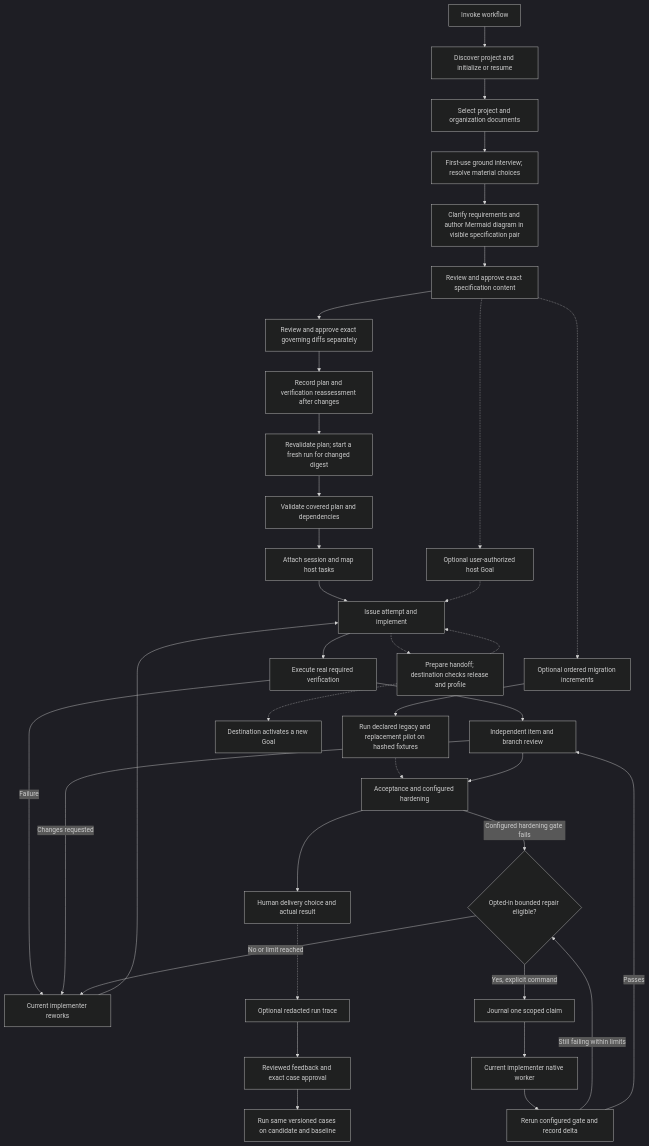
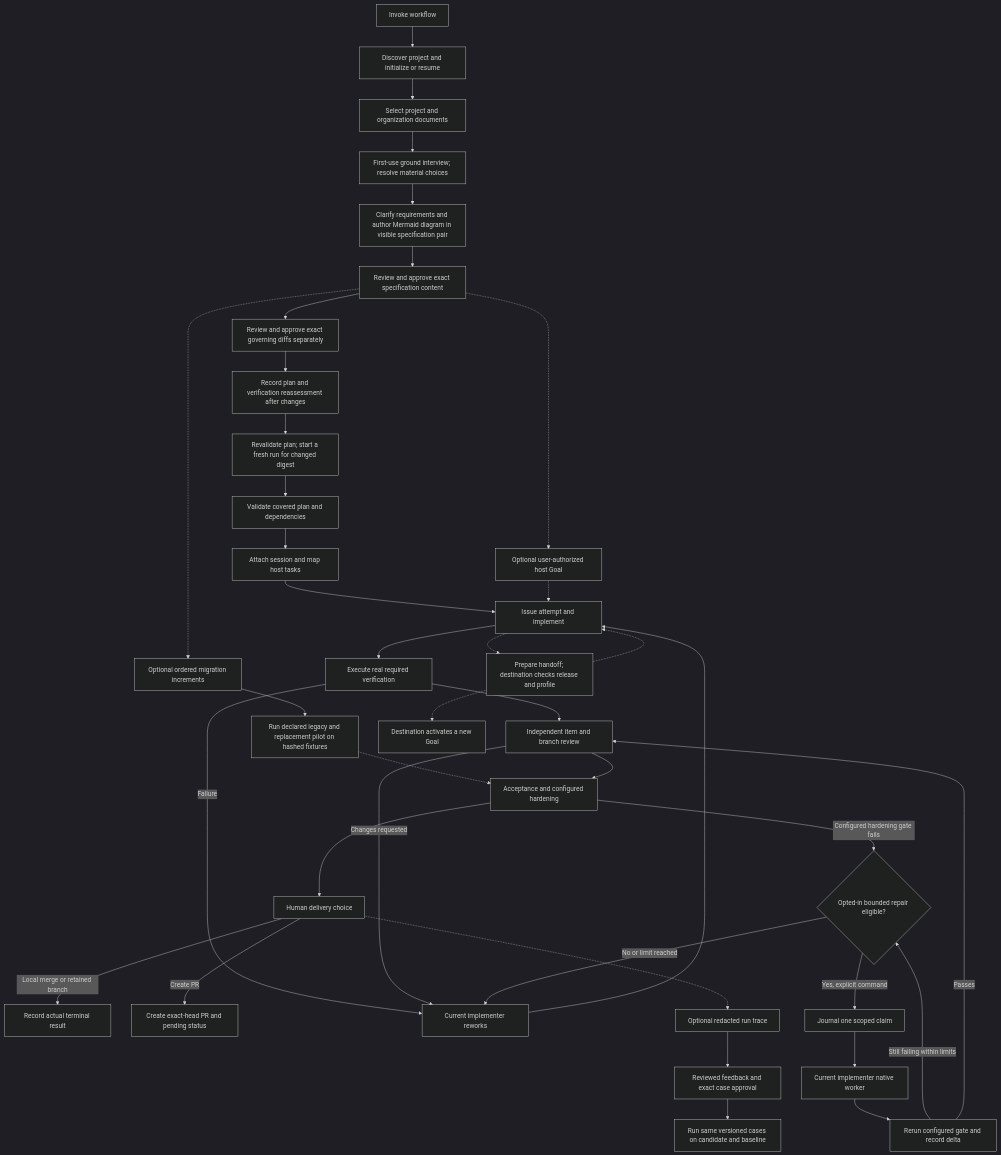
Before and after one commit to wgentil/devflow: the first of 2 diagrams in docs/setup-and-usage.md, drawn with Mermaid (dark theme). The commit also changed other lines of this file and 12 other files, not shown here.

````diff
--- a/docs/setup-and-usage.md
+++ b/docs/setup-and-usage.md
@@ -95,39 +95,41 @@
 ```mermaid
 flowchart TD
     Invoke[Invoke workflow] --> Init[Discover project and initialize or resume]
     Init --> Docs[Select project and organization documents]
     Docs --> Ground[First-use ground interview; resolve material choices]
     Ground --> Spec[Clarify requirements and author Mermaid diagram in visible specification pair]
     Spec --> SpecApprove[Review and approve exact specification content]
     SpecApprove --> Policy[Review and approve exact governing diffs separately]
     Policy --> Impact[Record plan and verification reassessment after changes]
     Impact --> Fresh[Revalidate plan; start a fresh run for changed digest]
     Fresh --> Plan[Validate covered plan and dependencies]
     SpecApprove -.-> Migration[Optional ordered migration increments]
     Migration --> Pilot[Run declared legacy and replacement pilot on hashed fixtures]
     Pilot -.-> Accept
     Plan --> Attach[Attach session and map host tasks]
     Attach --> Work[Issue attempt and implement]
     Work --> Proof[Execute real required verification]
     Proof --> Review[Independent item and branch review]
     Review --> Accept[Acceptance and configured hardening]
-    Accept --> Deliver[Human delivery choice and actual result]
+    Accept --> Deliver[Human delivery choice]
+    Deliver -->|Local merge or retained branch| DirectResult[Record actual terminal result]
+    Deliver -->|Create PR| PendingPR[Create exact-head PR and pending status]
     Proof -->|Failure| Fix[Current implementer reworks]
     Review -->|Changes requested| Fix
     Accept -->|Configured hardening gate fails| Repair{Opted-in bounded repair eligible?}
     Repair -->|Yes, explicit command| Claim[Journal one scoped claim]
     Claim --> Worker[Current implementer native worker]
     Worker --> Recheck[Rerun configured gate and record delta]
     Recheck -->|Still failing within limits| Repair
     Recheck -->|Passes| Review
     Repair -->|No or limit reached| Fix
     Fix --> Work
     Work -.-> Transfer[Prepare handoff; destination checks release and profile]
     Transfer -.-> Work
     SpecApprove -.-> Goal[Optional user-authorized host Goal]
     Goal -.-> Work
     Transfer -.-> NewGoal[Destination activates a new Goal]
     Deliver -.-> Trace[Optional redacted run trace]
     Trace --> Feedback[Reviewed feedback and exact case approval]
     Feedback --> Eval[Run same versioned cases on candidate and baseline]
 ```
````
